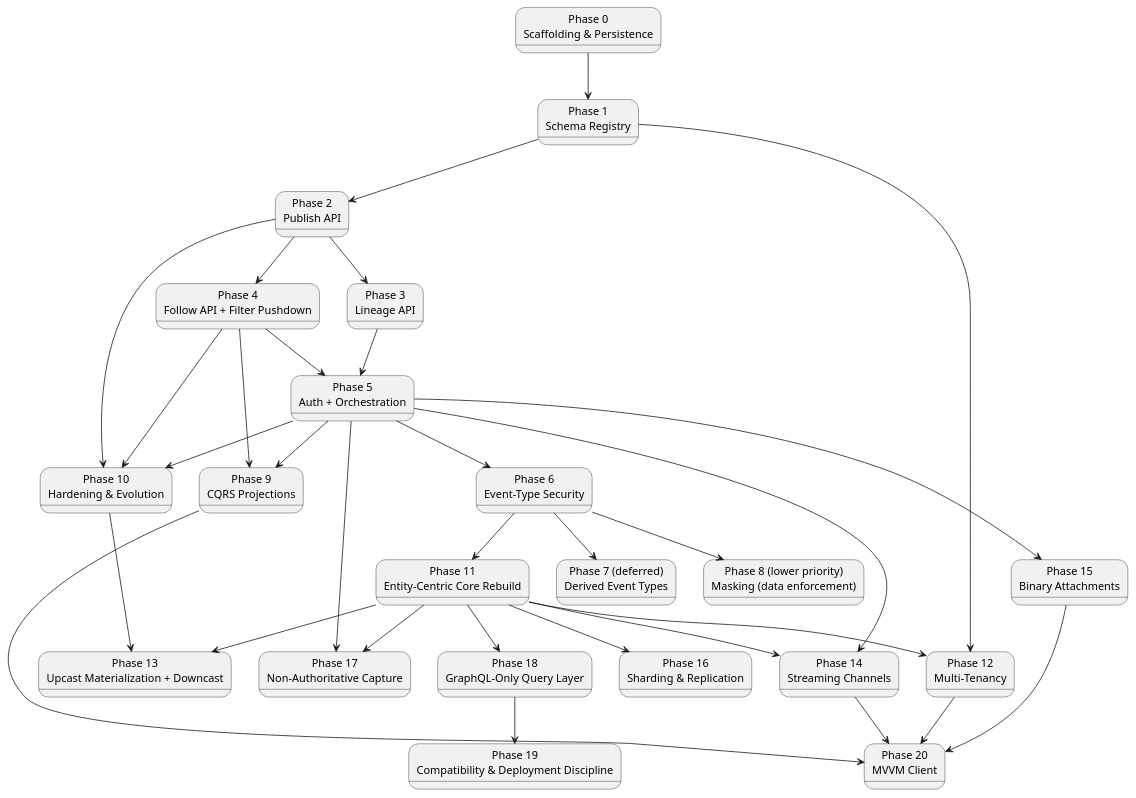
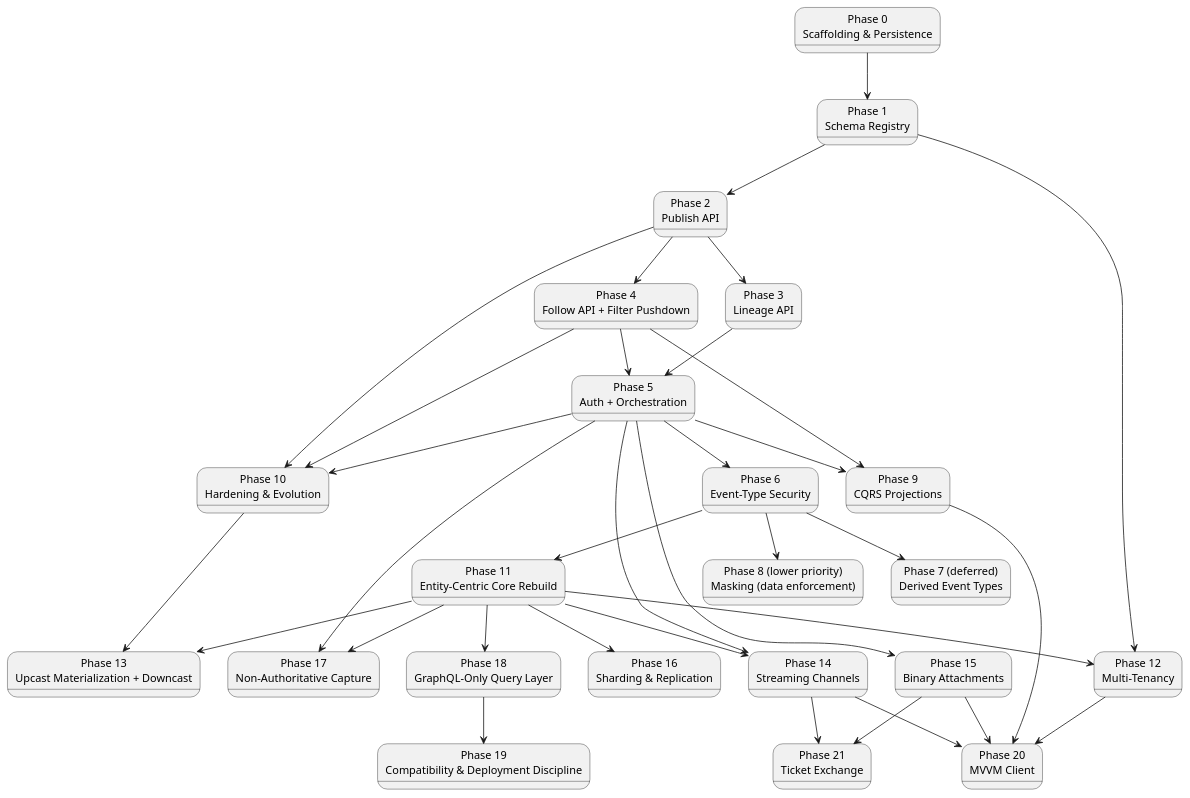
Before and after one commit to Mwwhited-BookLearning/EventSourcing: the diagram in docs/08-build-plan.md, drawn with PlantUML. The commit also changed other lines of this file and 42 other files, not shown here.

````diff
--- a/docs/08-build-plan.md
+++ b/docs/08-build-plan.md
@@ -37,57 +42,60 @@
 ```plantuml
 @startuml BuildPlan_Phases
 state "Phase 0\nScaffolding & Persistence" as p0
 state "Phase 1\nSchema Registry" as p1
 state "Phase 2\nPublish API" as p2
 state "Phase 3\nLineage API" as p3
 state "Phase 4\nFollow API + Filter Pushdown" as p4
 state "Phase 5\nAuth + Orchestration" as p5
 state "Phase 6\nEvent-Type Security" as p6
 state "Phase 7 (deferred)\nDerived Event Types" as p7
 state "Phase 8 (lower priority)\nMasking (data enforcement)" as p8
 state "Phase 9\nCQRS Projections" as p9
 state "Phase 10\nHardening & Evolution" as p10
 state "Phase 11\nEntity-Centric Core Rebuild" as p11
 state "Phase 12\nMulti-Tenancy" as p12
 state "Phase 13\nUpcast Materialization + Downcast" as p13
 state "Phase 14\nStreaming Channels" as p14
 state "Phase 15\nBinary Attachments" as p15
 state "Phase 16\nSharding & Replication" as p16
 state "Phase 17\nNon-Authoritative Capture" as p17
 state "Phase 18\nGraphQL-Only Query Layer" as p18
 state "Phase 19\nCompatibility & Deployment Discipline" as p19
 state "Phase 20\nMVVM Client" as p20
+state "Phase 21\nTicket Exchange" as p21
 
 p0 --> p1
 p1 --> p2
 p2 --> p3
 p2 --> p4
 p3 --> p5
 p4 --> p5
 p5 --> p6
 p6 --> p7
 p6 --> p8
 p4 --> p9
 p5 --> p9
 p5 --> p10
 p2 --> p10
 p4 --> p10
 p6 --> p11
 p1 --> p12
 p11 --> p12
 p10 --> p13
 p11 --> p13
 p5 --> p14
 p11 --> p14
 p5 --> p15
 p11 --> p16
 p11 --> p17
 p5 --> p17
 p11 --> p18
 p18 --> p19
 p9 --> p20
 p12 --> p20
 p14 --> p20
 p15 --> p20
+p14 --> p21
+p15 --> p21
 @enduml
 ```
````
